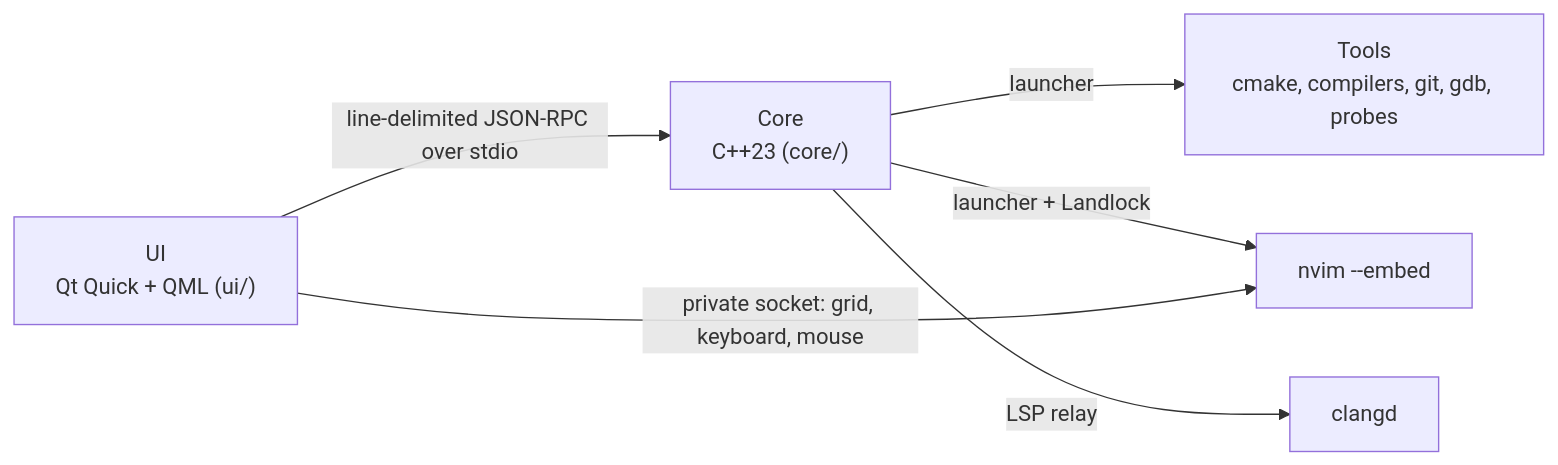
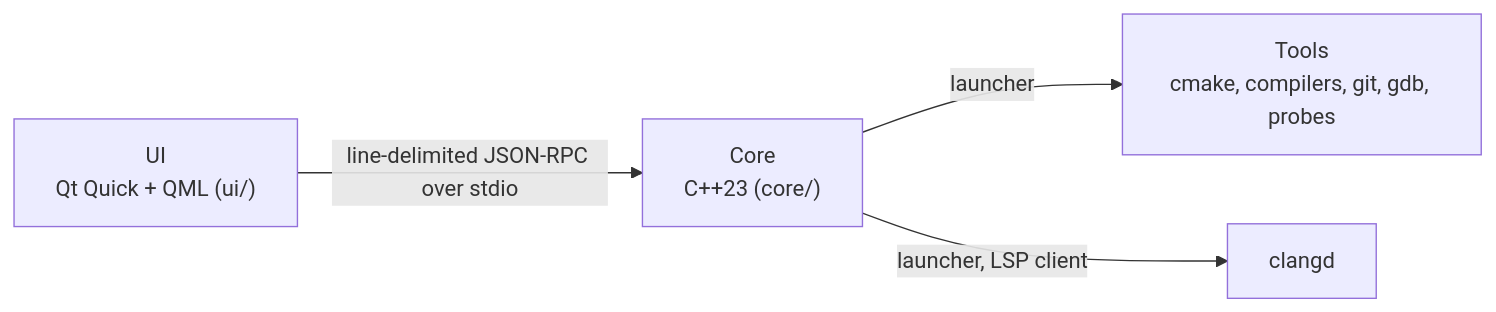
The third of 3 diagrams in README.md (ViktorWalde/KineinVectis), drawn with Mermaid before and after one commit. The commit also changed other lines of this file and 11 other files, not shown here.

````diff
--- a/README.md
+++ b/README.md
@@ -83,8 +86,6 @@
 ```mermaid
 flowchart LR
     UI["UI<br/>Qt Quick + QML (ui/)"] -->|line-delimited JSON-RPC over stdio| CORE["Core<br/>C++23 (core/)"]
     CORE -->|launcher| TOOLS["Tools<br/>cmake, compilers, git, gdb, probes"]
-    CORE -->|launcher + Landlock| NVIM["nvim --embed"]
-    CORE -->|LSP relay| CLANGD["clangd"]
-    UI -->|private socket: grid, keyboard, mouse| NVIM
+    CORE -->|launcher, LSP client| CLANGD["clangd"]
 ```
````
